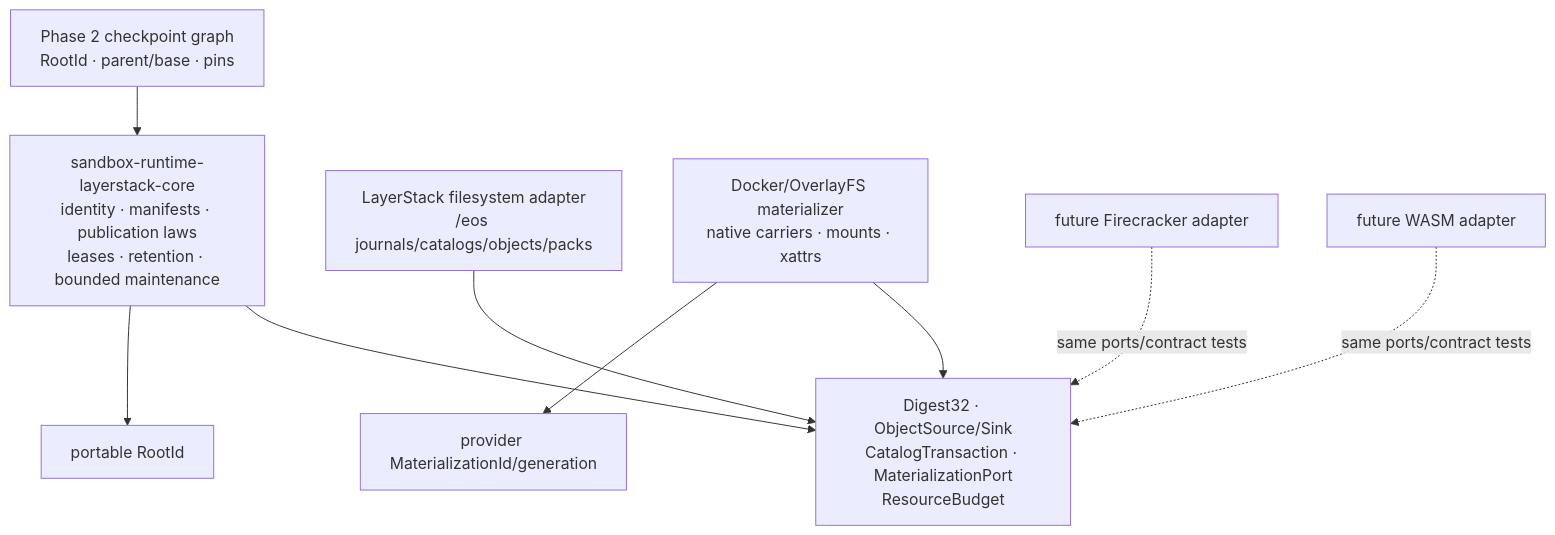
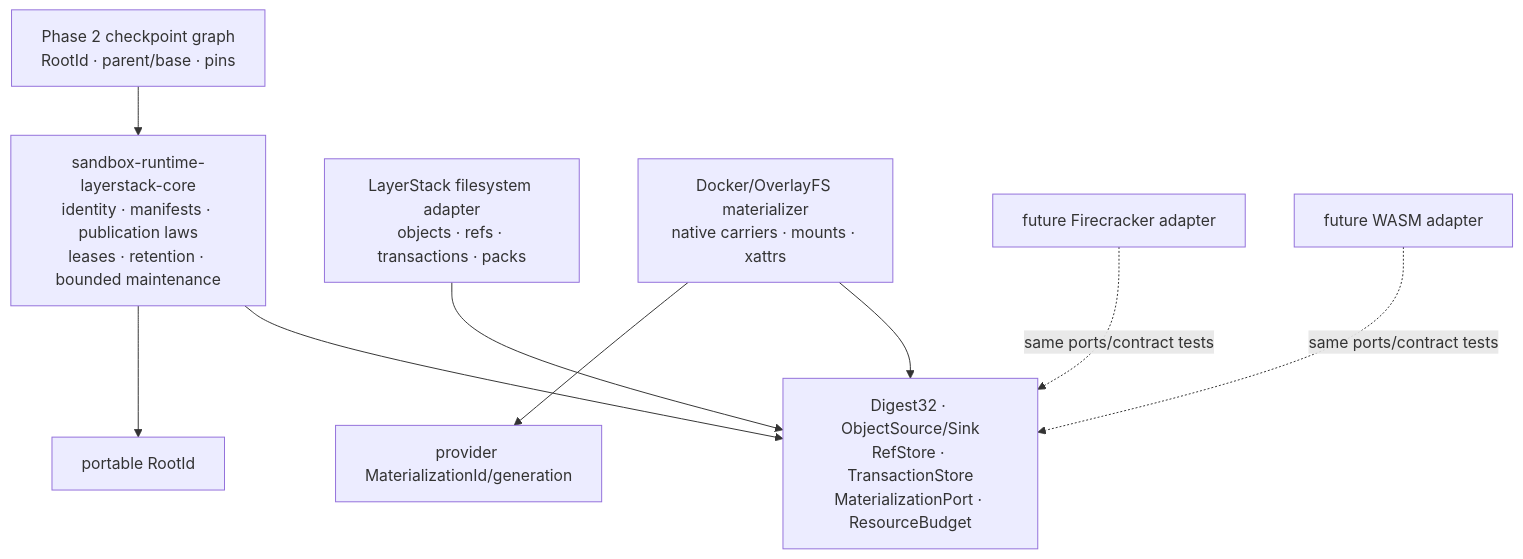
The second of 6 diagrams in implementation-plan/2.0 migration/phase 1/implementation/index.md (Ephemeral-AI-Lab/ephemeral-sandbox-docs), drawn with Mermaid before and after one commit. The commit also changed other lines of this file and 35 other files, not shown here.

````diff
--- a/implementation-plan/2.0 migration/phase 1/implementation/index.md
+++ b/implementation-plan/2.0 migration/phase 1/implementation/index.md
@@ -153,12 +179,12 @@
 ```mermaid
 flowchart TB
   P2["Phase 2 checkpoint graph<br/>RootId · parent/base · pins"] --> CORE
   CORE["sandbox-runtime-layerstack-core<br/>identity · manifests · publication laws<br/>leases · retention · bounded maintenance"]
-  CORE --> PORTS["Digest32 · ObjectSource/Sink<br/>CatalogTransaction · MaterializationPort<br/>ResourceBudget"]
-  FS["LayerStack filesystem adapter<br/>/eos journals/catalogs/objects/packs"] --> PORTS
+  CORE --> PORTS["Digest32 · ObjectSource/Sink<br/>RefStore · TransactionStore<br/>MaterializationPort · ResourceBudget"]
+  FS["LayerStack filesystem adapter<br/>objects · refs · transactions · packs"] --> PORTS
   DOCKER["Docker/OverlayFS materializer<br/>native carriers · mounts · xattrs"] --> PORTS
   FC["future Firecracker adapter"] -. same ports/contract tests .-> PORTS
   WASM["future WASM adapter"] -. same ports/contract tests .-> PORTS
   CORE --> RID["portable RootId"]
   DOCKER --> MID["provider MaterializationId/generation"]
 ```
````
